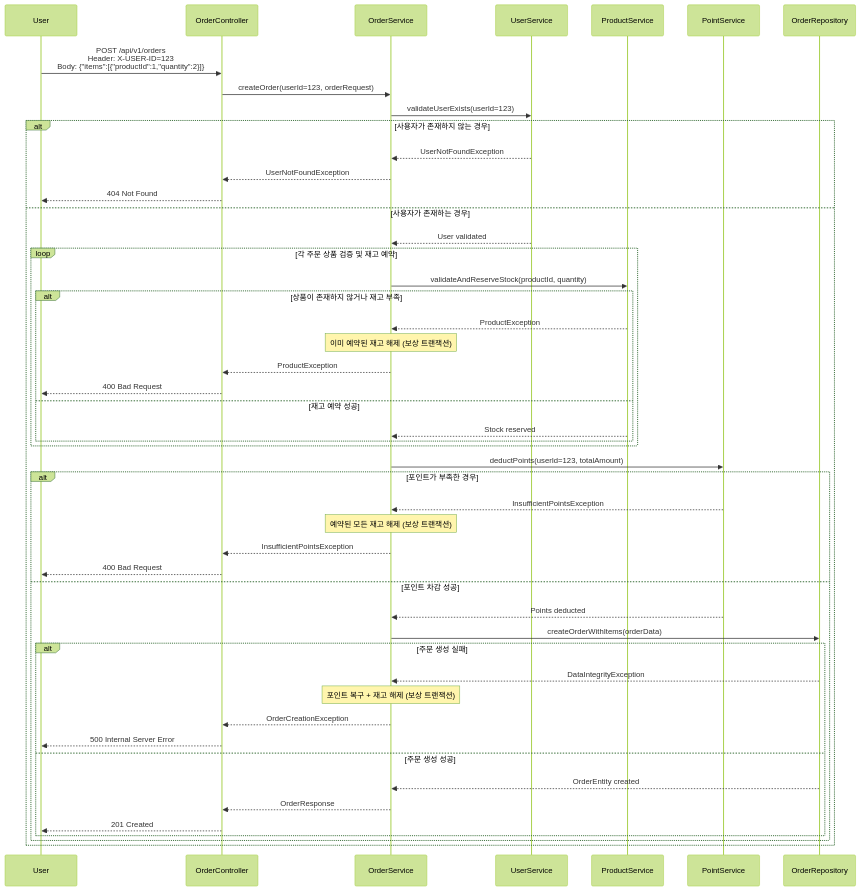
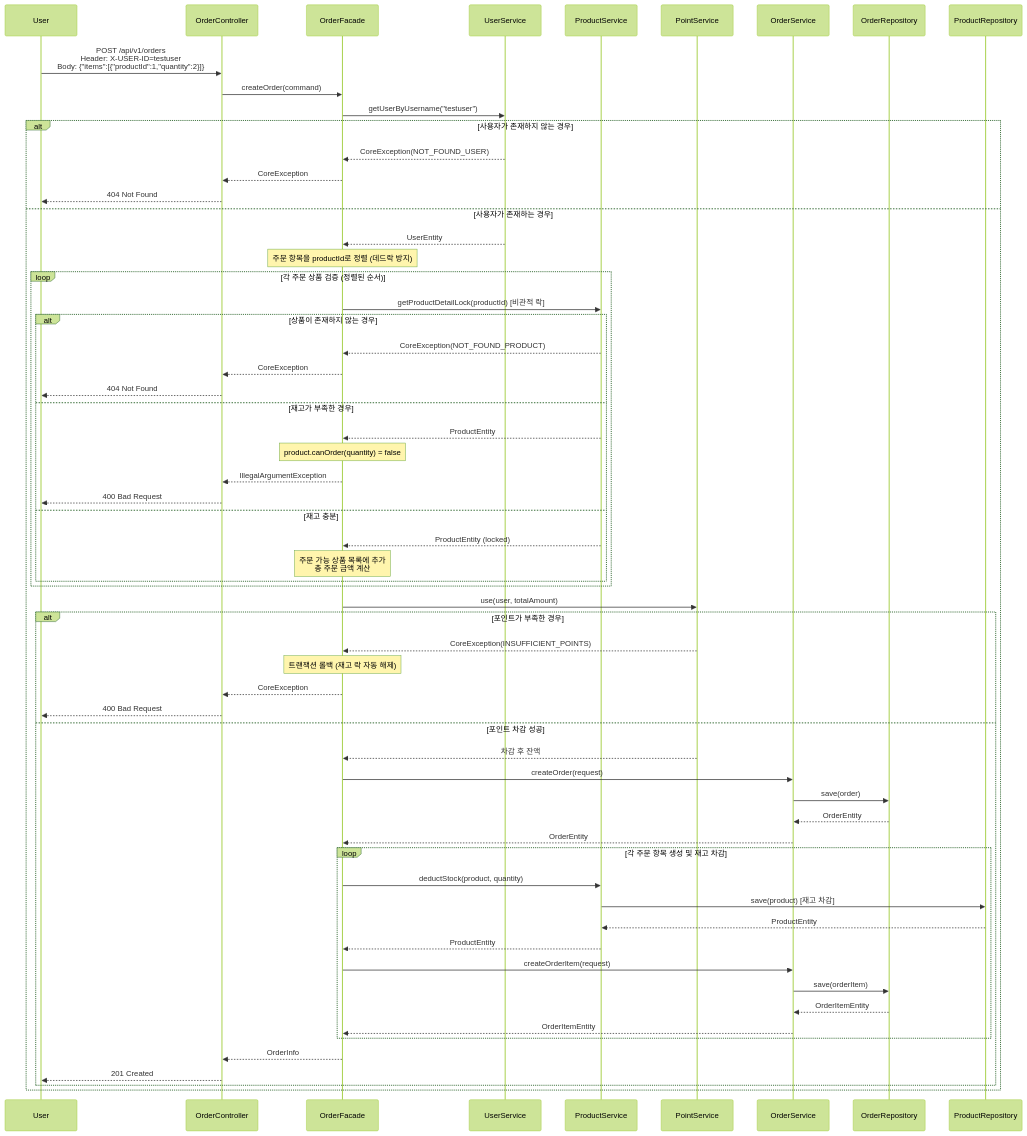
One commit to hyujikoh/loopers-spring-java-template changed the ninth of 12 diagrams in docs/week2/02-sequence-diagrams.md. Above: the diagram before and after it, drawn with Mermaid (forest theme). The commit also changed other lines of this file and 2 other files, not shown here.

````diff
--- a/docs/week2/02-sequence-diagrams.md
+++ b/docs/week2/02-sequence-diagrams.md
@@ -218,56 +305,73 @@
 ```mermaid
 sequenceDiagram
     participant User
     participant OrderController
-    participant OrderService
+    participant OrderFacade
     participant UserService
     participant ProductService
     participant PointService
+    participant OrderService
     participant OrderRepository
+    participant ProductRepository
+
+    User->>OrderController: POST /api/v1/orders<br/>Header: X-USER-ID=testuser<br/>Body: {"items":[{"productId":1,"quantity":2}]}
+    OrderController->>OrderFacade: createOrder(command)
     
-
-    User->>OrderController: POST /api/v1/orders<br/>Header: X-USER-ID=123<br/>Body: {"items":[{"productId":1,"quantity":2}]}
-    OrderController->>OrderService: createOrder(userId=123, orderRequest)
-    
-    OrderService->>UserService: validateUserExists(userId=123)
+    OrderFacade->>UserService: getUserByUsername("testuser")
     alt 사용자가 존재하지 않는 경우
-        UserService-->>OrderService: UserNotFoundException
-        OrderService-->>OrderController: UserNotFoundException
+        UserService-->>OrderFacade: CoreException(NOT_FOUND_USER)
+        OrderFacade-->>OrderController: CoreException
         OrderController-->>User: 404 Not Found
     else 사용자가 존재하는 경우
-        UserService-->>OrderService: User validated
+        UserService-->>OrderFacade: UserEntity
         
-        loop 각 주문 상품 검증 및 재고 예약
-            OrderService->>ProductService: validateAndReserveStock(productId, quantity)
-            alt 상품이 존재하지 않거나 재고 부족
-                ProductService-->>OrderService: ProductException
-                Note over OrderService: 이미 예약된 재고 해제 (보상 트랜잭션)
-                OrderService-->>OrderController: ProductException
+        Note over OrderFacade: 주문 항목을 productId로 정렬 (데드락 방지)
+        
+        loop 각 주문 상품 검증 (정렬된 순서)
+            OrderFacade->>ProductService: getProductDetailLock(productId) [비관적 락]
+            alt 상품이 존재하지 않는 경우
+                ProductService-->>OrderFacade: CoreException(NOT_FOUND_PRODUCT)
+                OrderFacade-->>OrderController: CoreException
+                OrderController-->>User: 404 Not Found
+            else 재고가 부족한 경우
+                ProductService-->>OrderFacade: ProductEntity
+                Note over OrderFacade: product.canOrder(quantity) = false
+                OrderFacade-->>OrderController: IllegalArgumentException
                 OrderController-->>User: 400 Bad Request
-            else 재고 예약 성공
-                ProductService-->>OrderService: Stock reserved
+            else 재고 충분
+                ProductService-->>OrderFacade: ProductEntity (locked)
+                Note over OrderFacade: 주문 가능 상품 목록에 추가<br/>총 주문 금액 계산
             end
         end
         
-        OrderService->>PointService: deductPoints(userId=123, totalAmount)
+        OrderFacade->>PointService: use(user, totalAmount)
         alt 포인트가 부족한 경우
-            PointService-->>OrderService: InsufficientPointsException
-            Note over OrderService: 예약된 모든 재고 해제 (보상 트랜잭션)
-            OrderService-->>OrderController: InsufficientPointsException
+            PointService-->>OrderFacade: CoreException(INSUFFICIENT_POINTS)
+            Note over OrderFacade: 트랜잭션 롤백 (재고 락 자동 해제)
+            OrderFacade-->>OrderController: CoreException
             OrderController-->>User: 400 Bad Request
         else 포인트 차감 성공
-            PointService-->>OrderService: Points deducted
-            OrderService->>OrderRepository: createOrderWithItems(orderData)
-            alt 주문 생성 실패
-                OrderRepository-->>OrderService: DataIntegrityException
-                Note over OrderService: 포인트 복구 + 재고 해제 (보상 트랜잭션)
-                OrderService-->>OrderController: OrderCreationException
-                OrderController-->>User: 500 Internal Server Error
-            else 주문 생성 성공
-                OrderRepository-->>OrderService: OrderEntity created
-                OrderService-->>OrderController: OrderResponse
-                OrderController-->>User: 201 Created
+            PointService-->>OrderFacade: 차감 후 잔액
+            
+            OrderFacade->>OrderService: createOrder(request)
+            OrderService->>OrderRepository: save(order)
+            OrderRepository-->>OrderService: OrderEntity
+            OrderService-->>OrderFacade: OrderEntity
+            
+            loop 각 주문 항목 생성 및 재고 차감
+                OrderFacade->>ProductService: deductStock(product, quantity)
+                ProductService->>ProductRepository: save(product) [재고 차감]
+                ProductRepository-->>ProductService: ProductEntity
+                ProductService-->>OrderFacade: ProductEntity
+                
+                OrderFacade->>OrderService: createOrderItem(request)
+                OrderService->>OrderRepository: save(orderItem)
+                OrderRepository-->>OrderService: OrderItemEntity
+                OrderService-->>OrderFacade: OrderItemEntity
             end
+            
+            OrderFacade-->>OrderController: OrderInfo
+            OrderController-->>User: 201 Created
         end
     end
 ```
````
